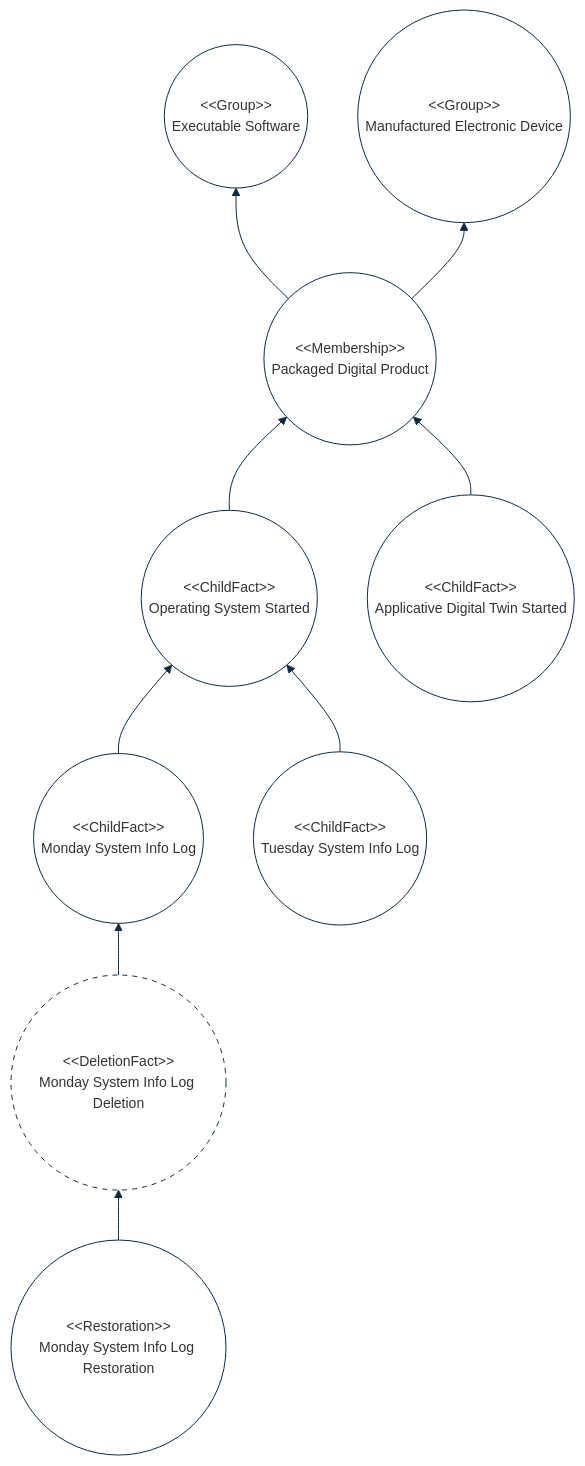
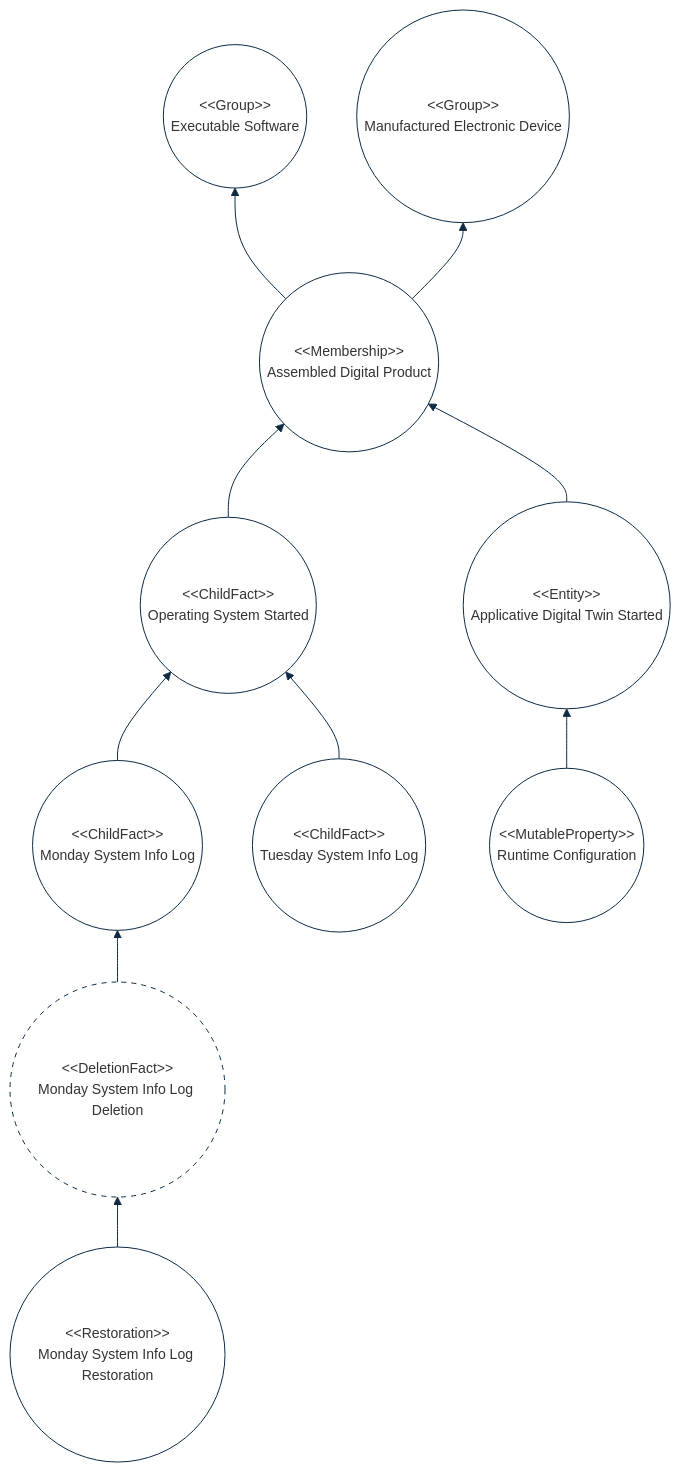
One commit to cybnity/foundation changed the second of 2 diagrams in implementations-line/framework/immutable/README.md. Above: the diagram before and after it, drawn with Mermaid.

````diff
--- a/implementations-line/framework/immutable/README.md
+++ b/implementations-line/framework/immutable/README.md
@@ -135,34 +135,34 @@
 ```mermaid
 %%{
   init: {
     'theme': 'base',
     'themeVariables': {
         'background': '#ffffff',
         'fontFamily': 'arial',
         'fontSize': '14px',
         'primaryColor': '#fff',
         'primaryBorderColor': '#0e2a43',
         'secondaryBorderColor': '#0e2a43',
         'tertiaryBorderColor': '#0e2a43',
         'edgeLabelBackground':'#0e2a43',
         'lineColor': '#0e2a43',
         'tertiaryColor': '#fff'
     }
   }
 }%%
 flowchart BT
     software(("#60;#60;Group#62;#62;<br/>Executable Software"))
     electronicdevice(("#60;#60;Group#62;#62;<br/>Manufactured Electronic Device"))
-    system(("#60;#60;Membership#62;#62;<br/>Packaged Digital Product")) --> software
+    system(("#60;#60;Membership#62;#62;<br/>Assembled Digital Product")) --> software
     system --> electronicdevice
     os(("#60;#60;ChildFact#62;#62;<br/>Operating System Started")) --> system
-    application(("#60;#60;ChildFact#62;#62;<br/>Applicative Digital Twin Started")) --> system
+    application(("#60;#60;Entity#62;#62;<br/>Applicative Digital Twin Started")) --> system
     systemlog1(("#60;#60;ChildFact#62;#62;<br/>Monday System Info Log")) --> os
     systemlog2(("#60;#60;ChildFact#62;#62;<br/>Tuesday System Info Log")) --> os
     systemlog1deletion(("#60;#60;DeletionFact#62;#62;<br/>Monday System Info Log Deletion")) --> systemlog1
     style systemlog1deletion stroke-dasharray: 5 5
     systemlog1restoration(("#60;#60;Restoration#62;#62;<br/>Monday System Info Log Restoration")) --> systemlog1deletion
-
+    runtimeconfig(("#60;#60;MutableProperty#62;#62;<br/>Runtime Configuration")) --> application
 
 
 ```
````
